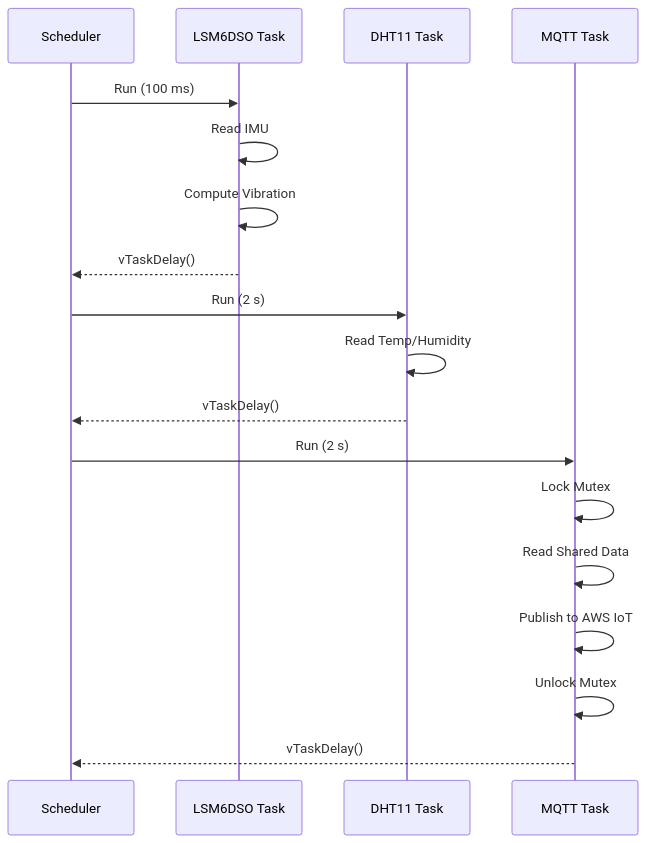
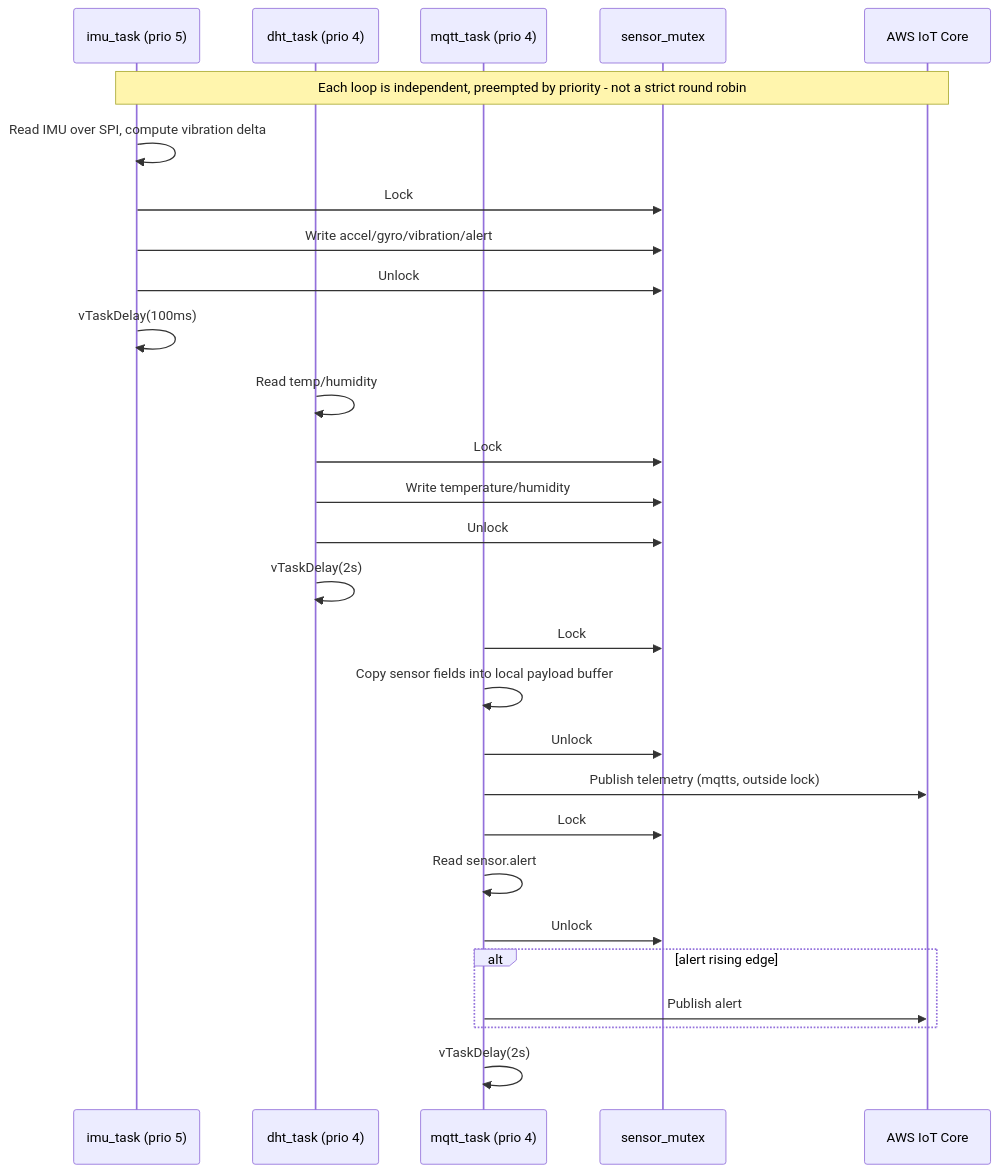
One commit to Abhiram-127/FreeRTOS-AWS-Machine-Telemetry changed the diagram in README.md. Above: the diagram before and after it, drawn with Mermaid.

````diff
--- a/README.md
+++ b/README.md
@@ -55,24 +55,34 @@
-```mermaid
+ ```mermaid
 sequenceDiagram
+    participant IMU as imu_task (prio 5)
+    participant DHT as dht_task (prio 4)
+    participant MQTT as mqtt_task (prio 4)
+    participant MTX as sensor_mutex
+    participant AWS as AWS IoT Core
 
-    participant Scheduler
-    participant LSM6DSO Task
-    participant DHT11 Task
-    participant MQTT Task
+    Note over IMU,AWS: Each loop is independent, preempted by priority - not a strict round robin
 
-    Scheduler->>LSM6DSO Task: Run (100 ms)
-    LSM6DSO Task->>LSM6DSO Task: Read IMU
-    LSM6DSO Task->>LSM6DSO Task: Compute Vibration
-    LSM6DSO Task-->>Scheduler: vTaskDelay()
+    IMU->>IMU: Read IMU over SPI, compute vibration delta
+    IMU->>MTX: Lock
+    IMU->>MTX: Write accel/gyro/vibration/alert
+    IMU->>MTX: Unlock
+    IMU->>IMU: vTaskDelay(100ms)
 
-    Scheduler->>DHT11 Task: Run (2 s)
-    DHT11 Task->>DHT11 Task: Read Temp/Humidity
-    DHT11 Task-->>Scheduler: vTaskDelay()
+    DHT->>DHT: Read temp/humidity
+    DHT->>MTX: Lock
+    DHT->>MTX: Write temperature/humidity
+    DHT->>MTX: Unlock
+    DHT->>DHT: vTaskDelay(2s)
 
-    Scheduler->>MQTT Task: Run (2 s)
-    MQTT Task->>MQTT Task: Lock Mutex
-    MQTT Task->>MQTT Task: Read Shared Data
-    MQTT Task->>MQTT Task: Publish to AWS IoT
-    MQTT Task->>MQTT Task: Unlock Mutex
-    MQTT Task-->>Scheduler: vTaskDelay()
+    MQTT->>MTX: Lock
+    MQTT->>MQTT: Copy sensor fields into local payload buffer
+    MQTT->>MTX: Unlock
+    MQTT->>AWS: Publish telemetry (mqtts, outside lock)
+    MQTT->>MTX: Lock
+    MQTT->>MQTT: Read sensor.alert
+    MQTT->>MTX: Unlock
+    alt alert rising edge
+        MQTT->>AWS: Publish alert
+    end
+    MQTT->>MQTT: vTaskDelay(2s)
 ```
````
